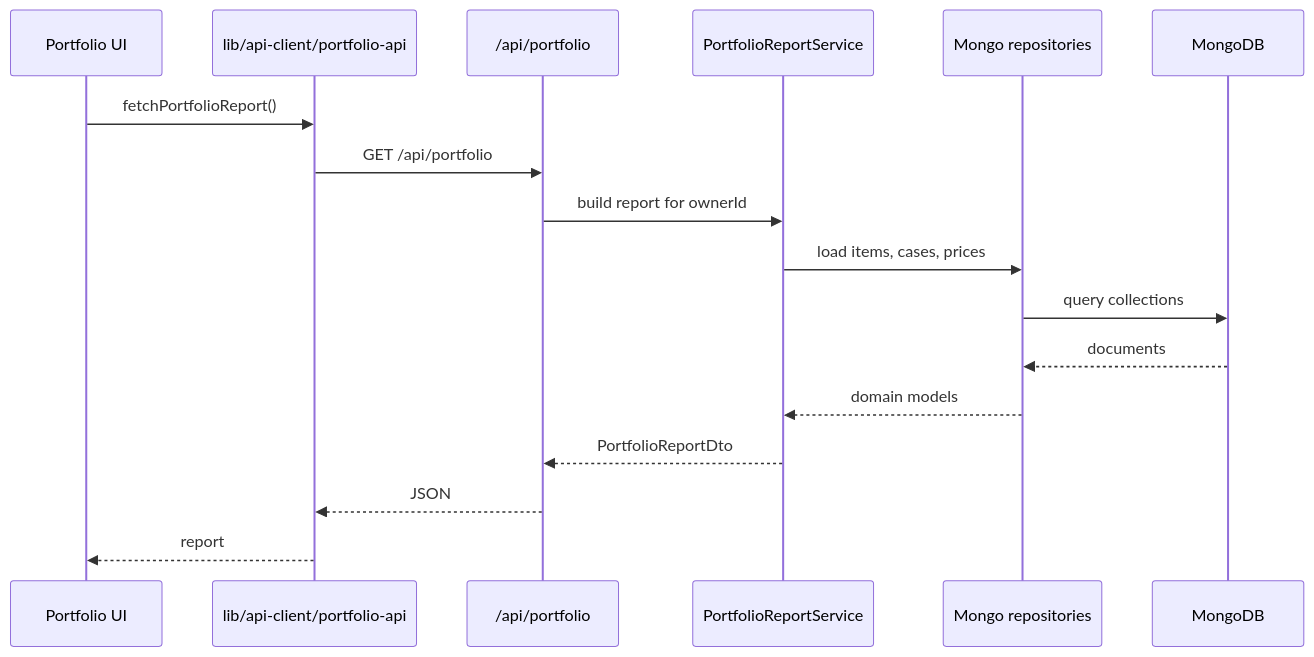
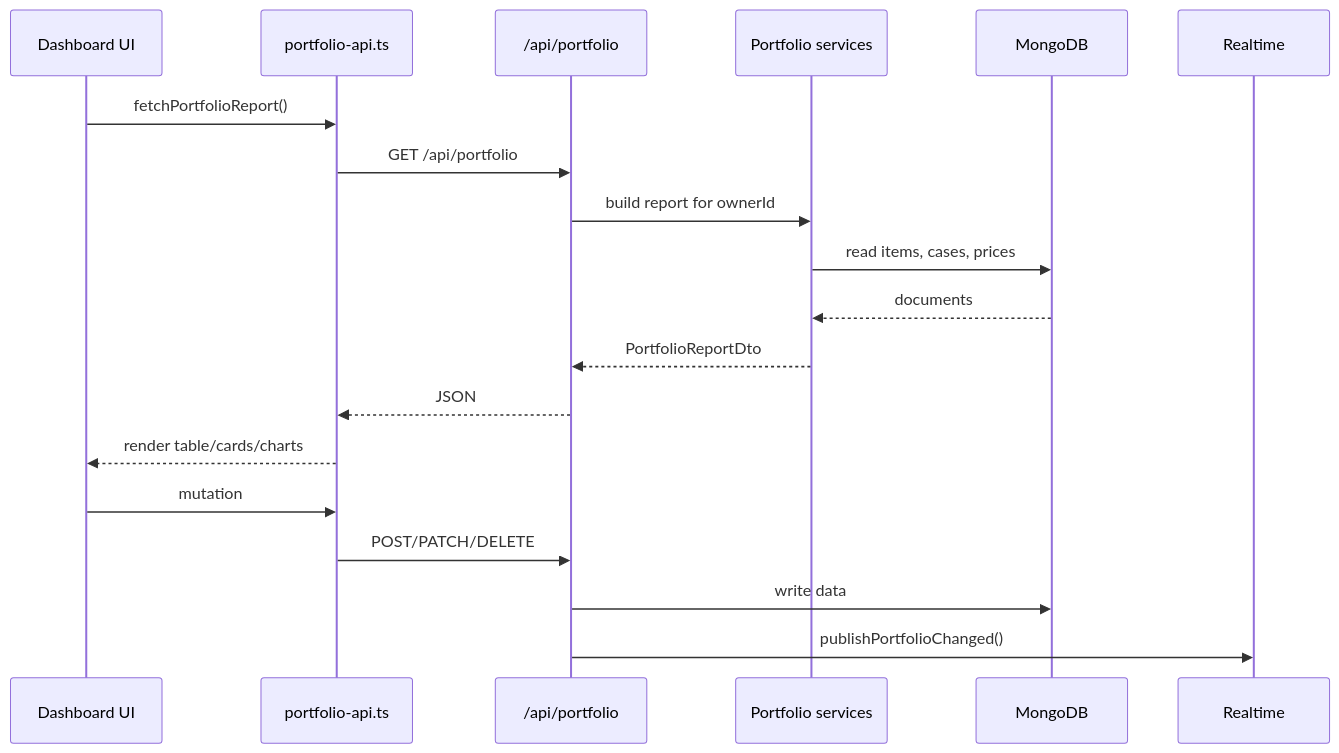
One commit to fumodayo/cs2-tracking changed the third of 4 diagrams in docs/ARCHITECTURE.md. Above: the diagram before and after it, drawn with Mermaid. The commit also changed other lines of this file and 3 other files, not shown here.

First line of the commit message:
docs: update README, architecture, deployment, and API reference

````diff
--- a/docs/ARCHITECTURE.md
+++ b/docs/ARCHITECTURE.md
@@ -173,20 +224,22 @@
 ```mermaid
 sequenceDiagram
-    participant UI as Portfolio UI
-    participant Client as lib/api-client/portfolio-api
+    participant UI as Dashboard UI
+    participant Client as portfolio-api.ts
     participant API as /api/portfolio
-    participant Service as PortfolioReportService
-    participant Repo as Mongo repositories
+    participant Service as Portfolio services
     participant DB as MongoDB
+    participant RT as Realtime
 
     UI->>Client: fetchPortfolioReport()
     Client->>API: GET /api/portfolio
     API->>Service: build report for ownerId
-    Service->>Repo: load items, cases, prices
-    Repo->>DB: query collections
-    DB-->>Repo: documents
-    Repo-->>Service: domain models
+    Service->>DB: read items, cases, prices
+    DB-->>Service: documents
     Service-->>API: PortfolioReportDto
     API-->>Client: JSON
-    Client-->>UI: report
+    Client-->>UI: render table/cards/charts
+    UI->>Client: mutation
+    Client->>API: POST/PATCH/DELETE
+    API->>DB: write data
+    API->>RT: publishPortfolioChanged()
 ```
````
